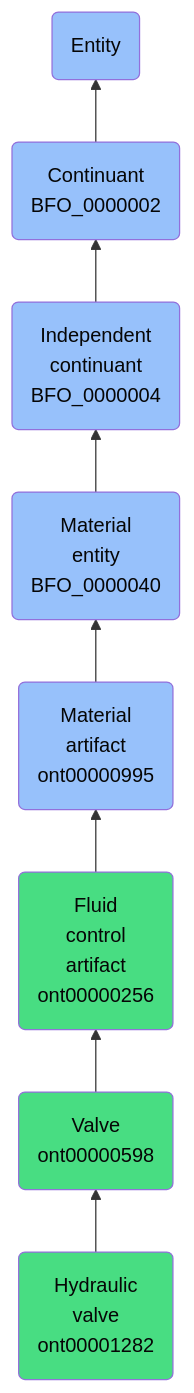
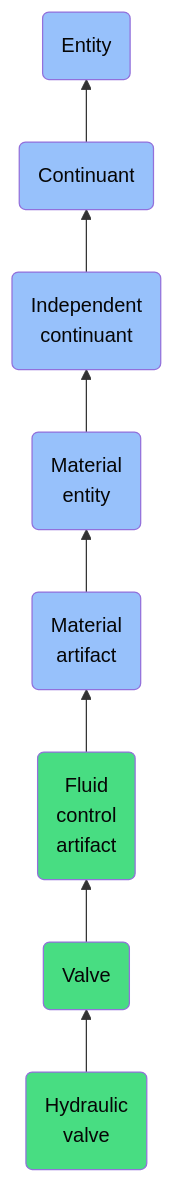
One commit to jupyter-naas/abi changed the diagram in docs/ontology/reference/model/Entity/Continuant/Independent continuant/Material entity/Material artifact/Fluid control artifact/Valve/Hydraulic valve/Hydraulic valve.md. Above: the diagram before and after it, drawn with Mermaid. The commit also changed other lines of this file and 1430 other files, not shown here.

````diff
--- a/docs/ontology/reference/model/Entity/Continuant/Independent continuant/Material entity/Material artifact/Fluid control artifact/Valve/Hydraulic valve/Hydraulic valve.md
+++ b/docs/ontology/reference/model/Entity/Continuant/Independent continuant/Material entity/Material artifact/Fluid control artifact/Valve/Hydraulic valve/Hydraulic valve.md
@@ -24,15 +24,15 @@
 ```mermaid
 graph BT
-    ont00001282(Hydraulic<br>valve<br>ont00001282):::ABI-->ont00000598
-    ont00000598(Valve<br>ont00000598):::ABI-->ont00000256
-    ont00000256(Fluid<br>control<br>artifact<br>ont00000256):::ABI-->ont00000995
-    ont00000995(Material<br>artifact<br>ont00000995):::BFO-->BFO_0000040
-    BFO_0000040(Material<br>entity<br>BFO_0000040):::BFO-->BFO_0000004
-    BFO_0000004(Independent<br>continuant<br>BFO_0000004):::BFO-->BFO_0000002
-    BFO_0000002(Continuant<br>BFO_0000002):::BFO-->BFO_0000001
+    ont00001282(Hydraulic<br>valve):::ABI-->ont00000598
+    ont00000598(Valve):::ABI-->ont00000256
+    ont00000256(Fluid<br>control<br>artifact):::ABI-->ont00000995
+    ont00000995(Material<br>artifact):::BFO-->BFO_0000040
+    BFO_0000040(Material<br>entity):::BFO-->BFO_0000004
+    BFO_0000004(Independent<br>continuant):::BFO-->BFO_0000002
+    BFO_0000002(Continuant):::BFO-->BFO_0000001
     BFO_0000001(Entity):::BFO
     
     classDef BFO fill:#97c1fb,color:#060606
     classDef CCO fill:#e4c51e,color:#060606
     classDef ABI fill:#48DD82,color:#060606
 ```
````
